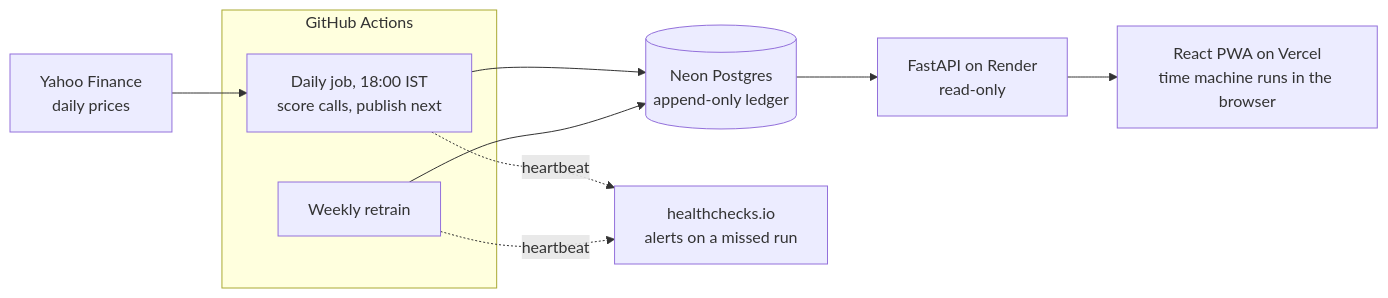
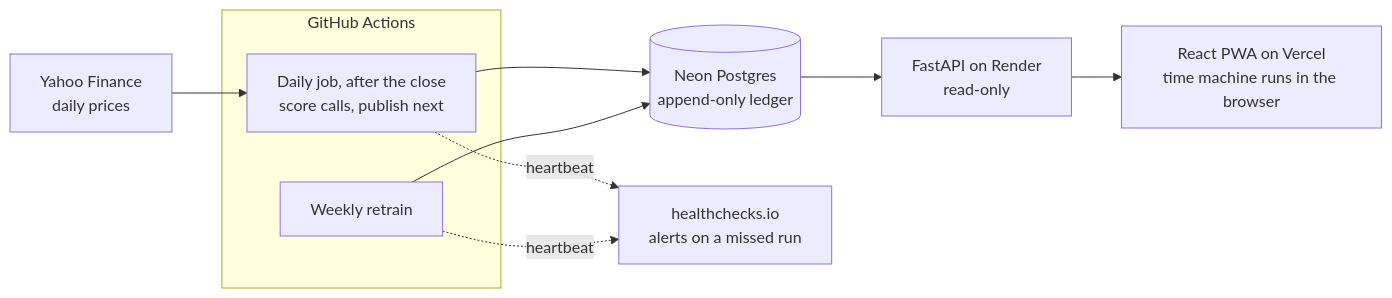
Before and after one commit to vanshajvr/parakh: the diagram in README.md, drawn with Mermaid. The commit also changed other lines of this file and 4 other files, not shown here.

Commit message:
fix: run the daily job often enough to land inside Yahoo's data window

````diff
--- a/README.md
+++ b/README.md
@@ -89,12 +89,12 @@
 ```mermaid
 flowchart LR
     Y[Yahoo Finance<br/>daily prices] --> D
     subgraph GA[GitHub Actions]
-        D[Daily job, 18:00 IST<br/>score calls, publish next]
+        D[Daily job, after the close<br/>score calls, publish next]
         W[Weekly retrain]
     end
     D & W --> DB[(Neon Postgres<br/>append-only ledger)]
     D & W -. heartbeat .-> HC[healthchecks.io<br/>alerts on a missed run]
     DB --> API[FastAPI on Render<br/>read-only]
     API --> APP[React PWA on Vercel<br/>time machine runs in the browser]
 ```
````
